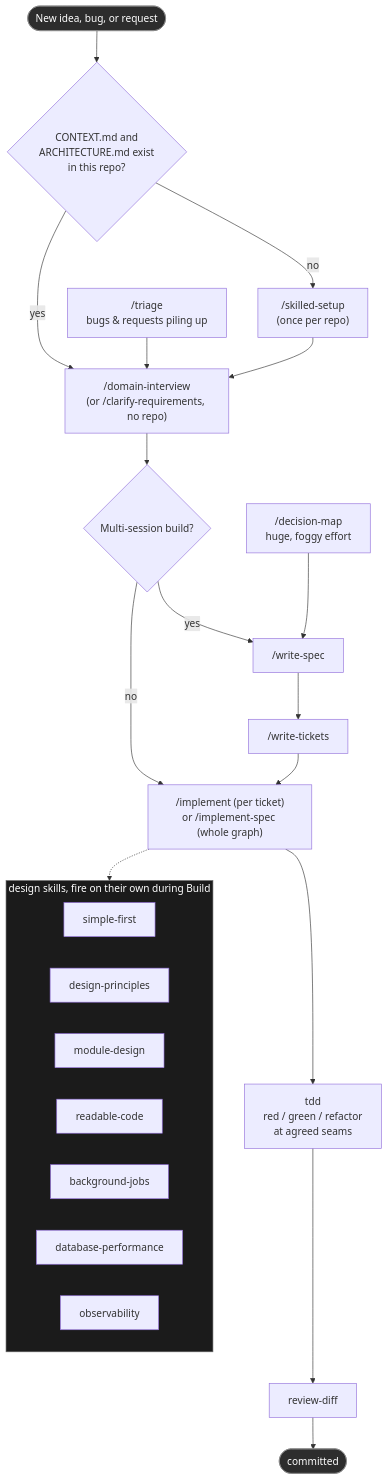
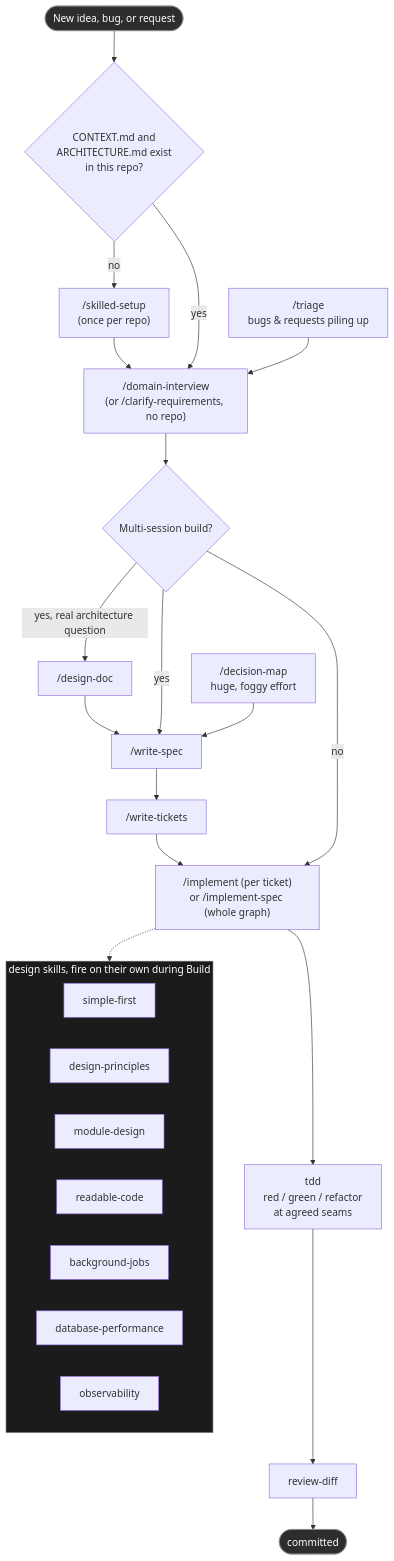
Before and after one commit to SonPhumrin/skilled: the second of 2 diagrams in README.md, drawn with Mermaid. The commit also changed other lines of this file and 2 other files, not shown here.

First line of the commit message:
Add design-doc skill for pre-spec architecture docs

````diff
--- a/README.md
+++ b/README.md
@@ -37,36 +37,37 @@
 ```mermaid
 flowchart TD
     Idea(["New idea, bug, or request"]) --> Setup{"CONTEXT.md and<br/>ARCHITECTURE.md exist<br/>in this repo?"}
     Setup -- "no" --> SkilledSetup["/skilled-setup<br/>(once per repo)"]
     SkilledSetup --> Sharpen
     Setup -- "yes" --> Sharpen["/domain-interview<br/>(or /clarify-requirements, no repo)"]
 
     Sharpen --> Multi{"Multi-session build?"}
+    Multi -- "yes, real architecture question" --> DesignDoc["/design-doc"] --> Spec
     Multi -- "yes" --> Spec["/write-spec"] --> Tickets["/write-tickets"]
     Tickets --> Build["/implement (per ticket)<br/>or /implement-spec (whole graph)"]
     Multi -- "no" --> Build
 
     Build --> TDD["tdd<br/>red / green / refactor<br/>at agreed seams"]
     TDD --> Review["review-diff"]
     Review --> Shipped(["committed"])
 
     Triage["/triage<br/>bugs & requests piling up"] --> Sharpen
     DecisionMap["/decision-map<br/>huge, foggy effort"] --> Spec
 
     Build -.-> Design
 
     subgraph Design["design skills, fire on their own during Build"]
         direction LR
         SimpleFirst["simple-first"]
         Principles["design-principles"]
         ModuleDesign["module-design"]
         Readable["readable-code"]
         Jobs["background-jobs"]
         DB["database-performance"]
         Obs["observability"]
     end
 
     style Idea fill:#2d2d2d,color:#fff,stroke:#888
     style Shipped fill:#2d2d2d,color:#fff,stroke:#888
     style Design fill:#1b1b1b,color:#fff,stroke:#666
 ```
````
